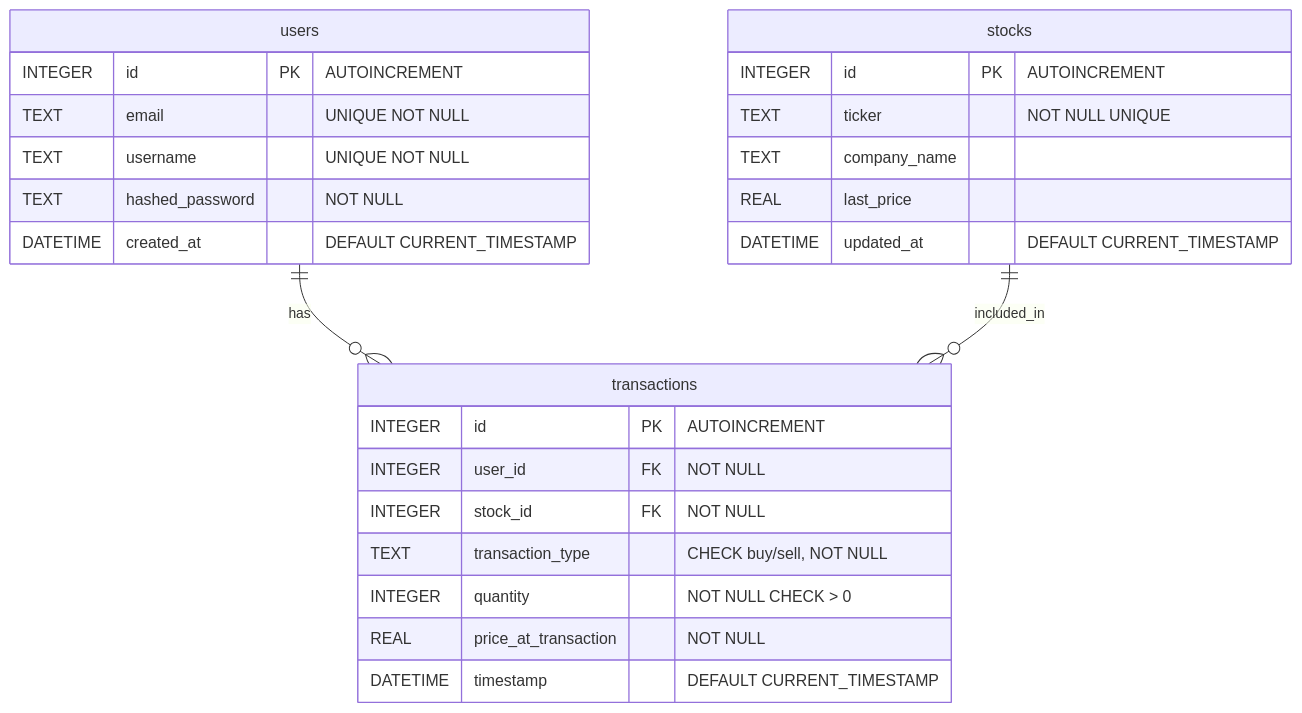
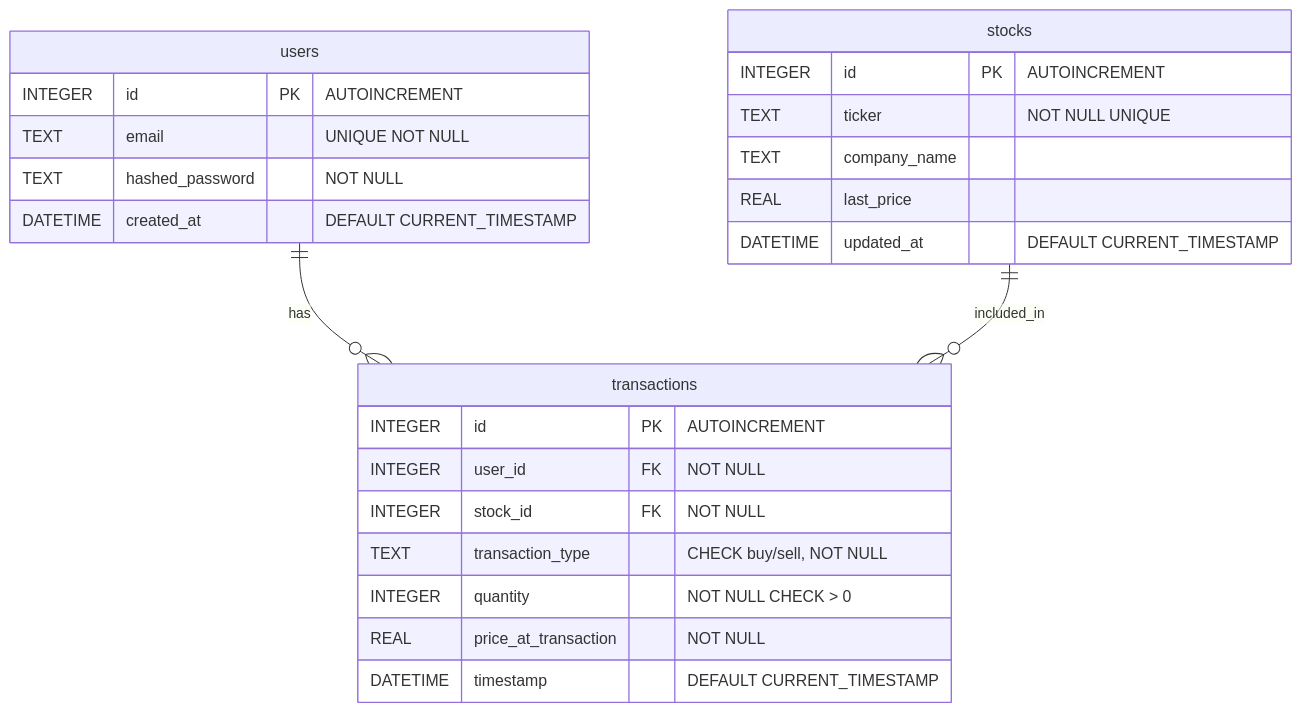
The diagram in docs/stock-portfolio-erd.mmd (david-jesse-odhiambo/lantel-provisional-docs), drawn with Mermaid before and after one commit.

Commit message:
update erd diagram.

```diff
--- a/docs/stock-portfolio-erd.mmd
+++ b/docs/stock-portfolio-erd.mmd
@@ -1,48 +1,46 @@
 erDiagram
     %% A user can have multiple transactions
     users ||--o{ transactions : "has"
     %% A stock can be included in multiple transactions
     stocks ||--o{ transactions : "included_in"
     
     users {
         %% Primary key, unique user identifier
         INTEGER id PK "AUTOINCREMENT"
         %% User's email address, must be unique
         TEXT email "UNIQUE NOT NULL"
-        %% User's username, must be unique
-        TEXT username "UNIQUE NOT NULL"
         %% Hashed password for authentication
         TEXT hashed_password "NOT NULL"
         %% Timestamp when the user was created
         DATETIME created_at "DEFAULT CURRENT_TIMESTAMP"
     }
     
     stocks {
         %% Primary key, unique stock identifier
         INTEGER id PK "AUTOINCREMENT"
         %% Stock ticker symbol, must be unique
         TEXT ticker "NOT NULL UNIQUE"
         %% Name of the company
         TEXT company_name
         %% Last recorded price of the stock
         REAL last_price
         %% Timestamp when the stock was last updated
         DATETIME updated_at "DEFAULT CURRENT_TIMESTAMP"
     }
     
     transactions {
         %% Primary key, unique transaction identifier
         INTEGER id PK "AUTOINCREMENT"
         %% Foreign key referencing users(id)
         INTEGER user_id FK "NOT NULL"
         %% Foreign key referencing stocks(id)
         INTEGER stock_id FK "NOT NULL"
         %% Type of transaction: 'buy' or 'sell'
         TEXT transaction_type "CHECK buy/sell, NOT NULL"
         %% Number of shares transacted, must be positive
         INTEGER quantity "NOT NULL CHECK > 0"
         %% Price per share at the time of transaction
         REAL price_at_transaction "NOT NULL"
         %% Timestamp when the transaction occurred
         DATETIME timestamp "DEFAULT CURRENT_TIMESTAMP"
     }
```
